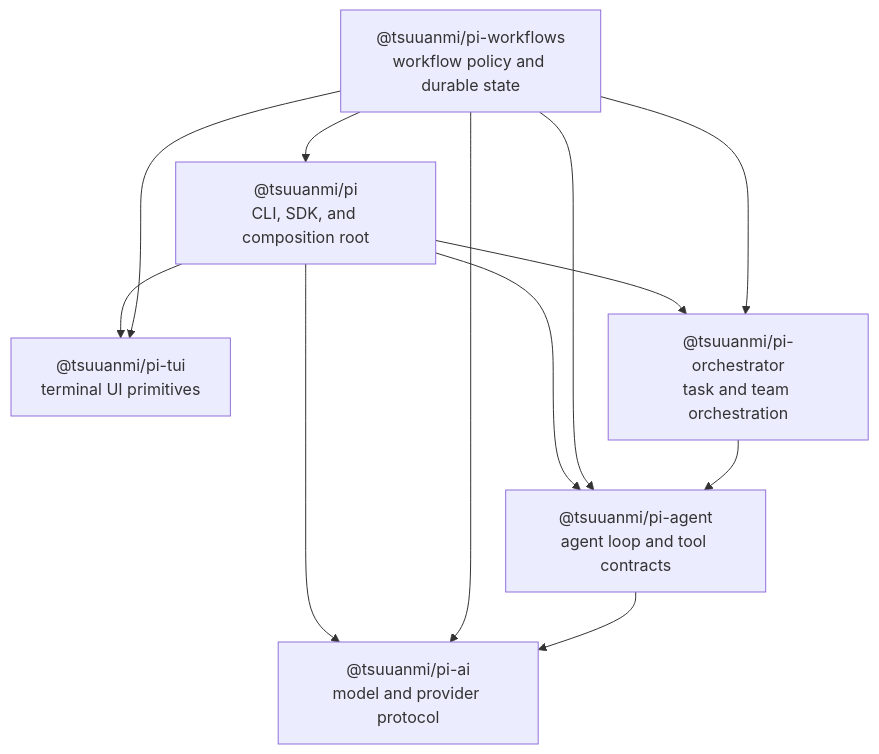
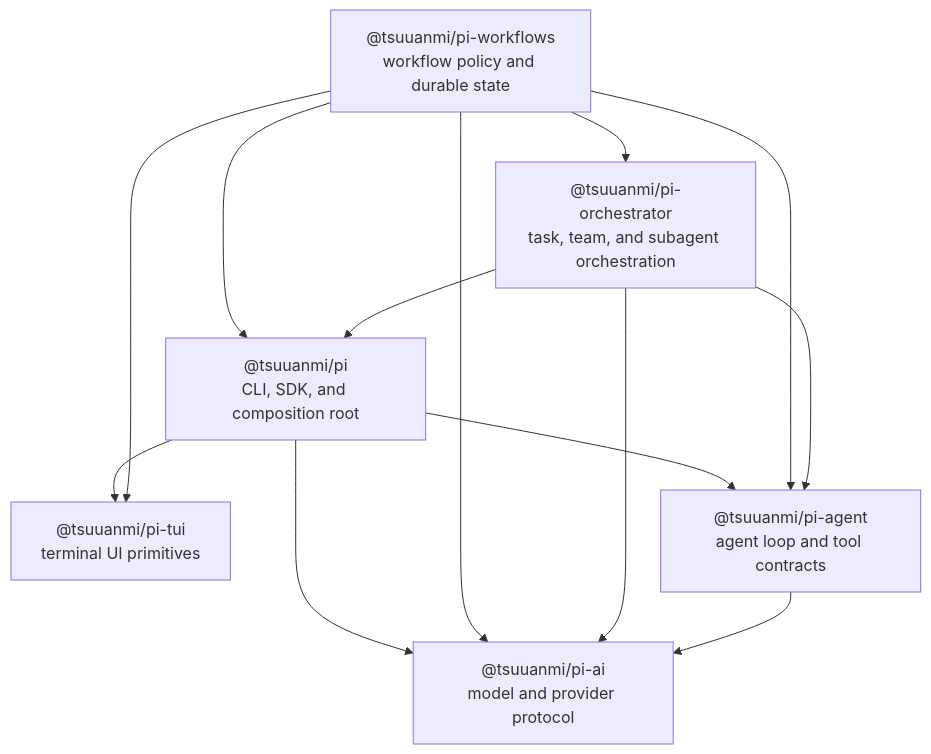
Before and after one commit to tsuuanmi/pi: the diagram in docs/architecture/package-overview.md, drawn with Mermaid. The commit also changed other lines of this file and 156 other files, not shown here.

````diff
--- a/docs/architecture/package-overview.md
+++ b/docs/architecture/package-overview.md
@@ -11,21 +11,22 @@
 ```mermaid
 flowchart TD
   pi["@tsuuanmi/pi\nCLI, SDK, and composition root"]
   workflows["@tsuuanmi/pi-workflows\nworkflow policy and durable state"]
   tui["@tsuuanmi/pi-tui\nterminal UI primitives"]
-  orchestrator["@tsuuanmi/pi-orchestrator\ntask and team orchestration"]
+  orchestrator["@tsuuanmi/pi-orchestrator\ntask, team, and subagent orchestration"]
   agent["@tsuuanmi/pi-agent\nagent loop and tool contracts"]
   ai["@tsuuanmi/pi-ai\nmodel and provider protocol"]
 
   pi --> ai
   pi --> agent
   pi --> tui
-  pi --> orchestrator
   workflows --> ai
   workflows --> agent
   workflows --> orchestrator
   workflows --> tui
   workflows --> pi
+  orchestrator --> pi
+  orchestrator --> ai
   orchestrator --> agent
   agent --> ai
 ```
````
